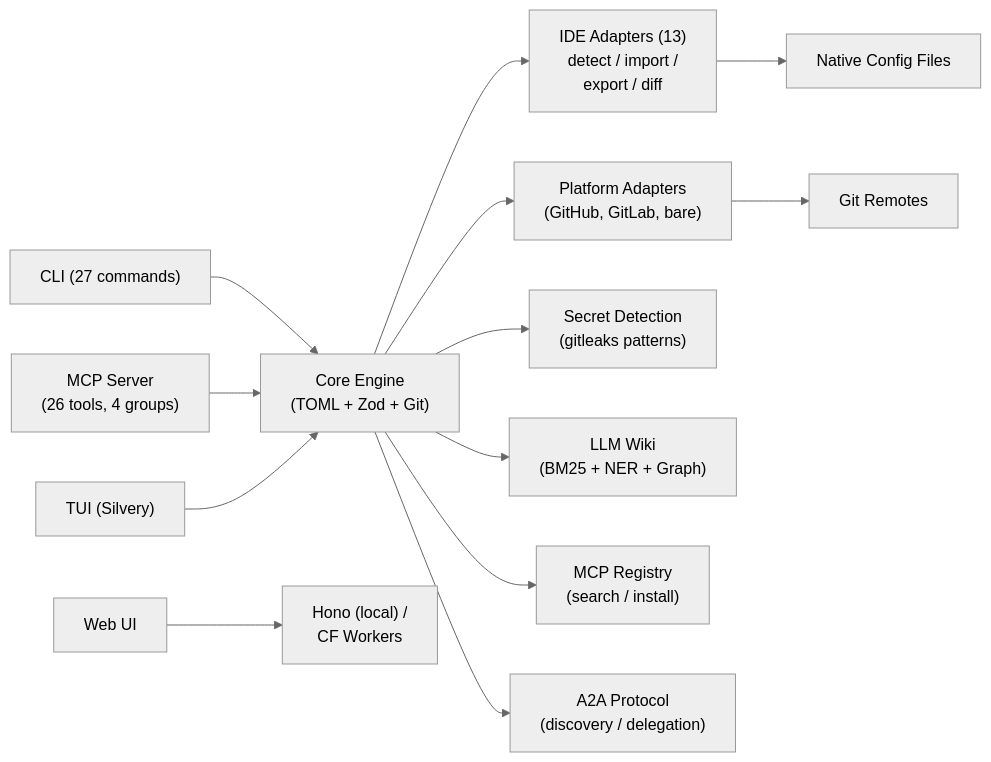
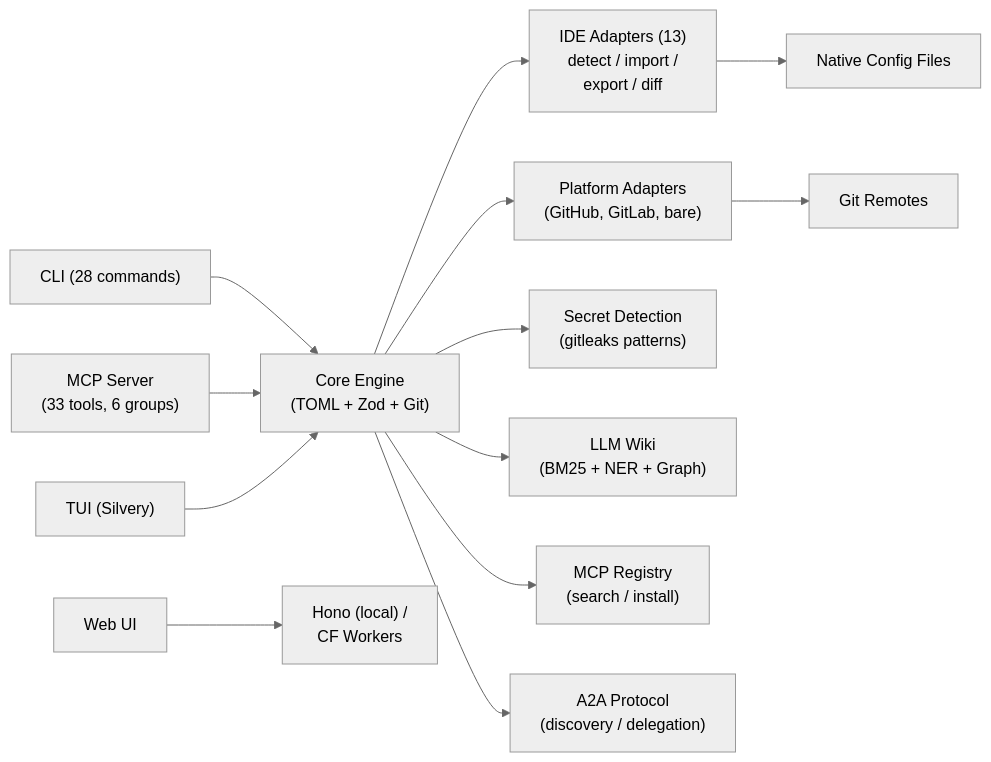
Before and after one commit to Codeseys-Labs/agent-manager: the diagram in README.md, drawn with Mermaid (neutral theme). The commit also changed other lines of this file and 36 other files, not shown here.

````diff
--- a/README.md
+++ b/README.md
@@ -538,18 +573,18 @@
 ```mermaid
 graph LR
-    CLI["CLI (27 commands)"] --> Core["Core Engine<br/>(TOML + Zod + Git)"]
-    MCP["MCP Server<br/>(26 tools, 4 groups)"] --> Core
+    CLI["CLI (28 commands)"] --> Core["Core Engine<br/>(TOML + Zod + Git)"]
+    MCP["MCP Server<br/>(33 tools, 6 groups)"] --> Core
     TUI["TUI (Silvery)"] --> Core
     Web["Web UI"] --> Hono["Hono (local) /<br/>CF Workers"]
 
     Core --> Adapters["IDE Adapters (13)<br/>detect / import /<br/>export / diff"]
     Core --> Platform["Platform Adapters<br/>(GitHub, GitLab, bare)"]
     Core --> Secrets["Secret Detection<br/>(gitleaks patterns)"]
 
     Adapters --> Native["Native Config Files"]
     Platform --> Remote["Git Remotes"]
 
     Core --> Wiki["LLM Wiki<br/>(BM25 + NER + Graph)"]
     Core --> Registry["MCP Registry<br/>(search / install)"]
     Core --> A2A["A2A Protocol<br/>(discovery / delegation)"]
 ```
````
